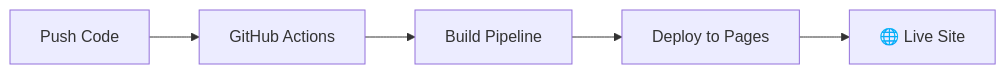
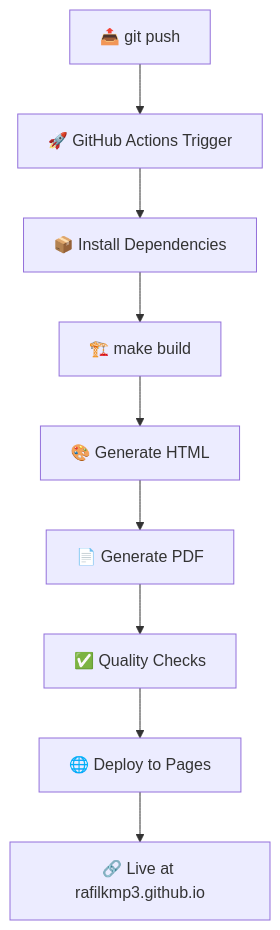
The diagram in README.md (rafilkmp3/resume-as-code), drawn with Mermaid before and after one commit. The commit also changed other lines of this file, not shown here.

````diff
--- a/README.md
+++ b/README.md
@@ -200,7 +285,11 @@
 ```mermaid
-graph LR
-    A[Push Code] --> B[GitHub Actions]
-    B --> C[Build Pipeline]
-    C --> D[Deploy to Pages]
-    D --> E[🌐 Live Site]
+graph TD
+    A[📤 git push] --> B[🚀 GitHub Actions Trigger]
+    B --> C[📦 Install Dependencies]
+    C --> D[🏗️ make build]
+    D --> E[🎨 Generate HTML]
+    E --> F[📄 Generate PDF]
+    F --> G[✅ Quality Checks]
+    G --> H[🌐 Deploy to Pages]
+    H --> I[🔗 Live at rafilkmp3.github.io]
 ```
````
